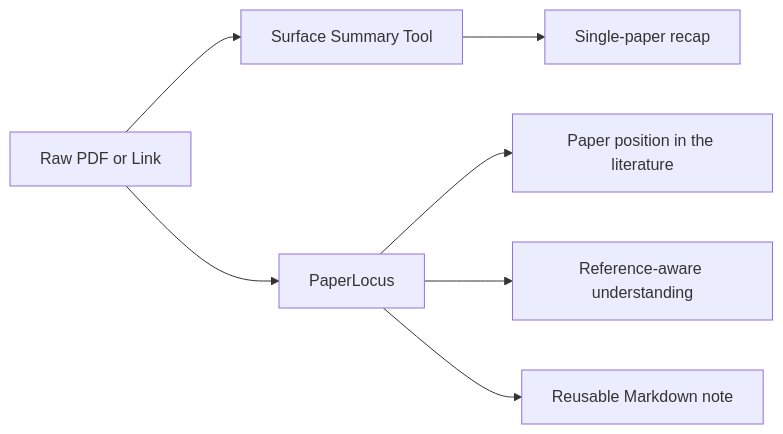
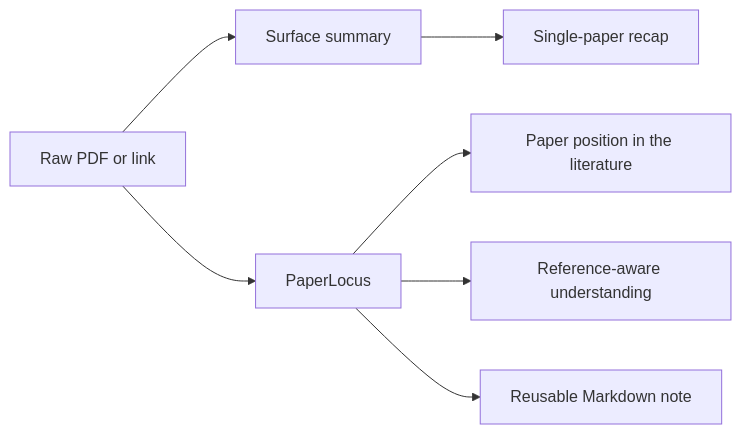
One commit to littleZ05/PaperLocus changed the second of 2 diagrams in README.md. Above: the diagram before and after it, drawn with Mermaid. The commit also changed other lines of this file and 1 other file, not shown here.

````diff
--- a/README.md
+++ b/README.md
@@ -103,9 +79,9 @@
 ```mermaid
 flowchart LR
-    A[Raw PDF or Link] --> B[Surface Summary Tool]
+    A[Raw PDF or link] --> B[Surface summary]
     A --> C[PaperLocus]
     B --> D[Single-paper recap]
     C --> E[Paper position in the literature]
     C --> F[Reference-aware understanding]
     C --> G[Reusable Markdown note]
 ```
````
